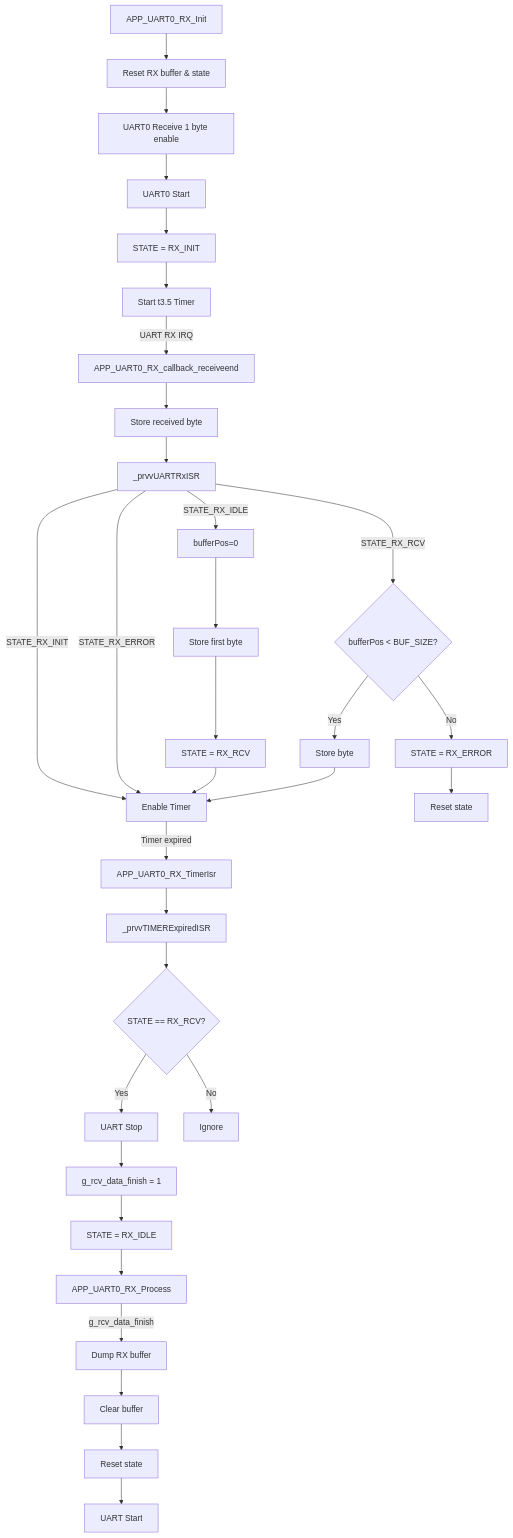
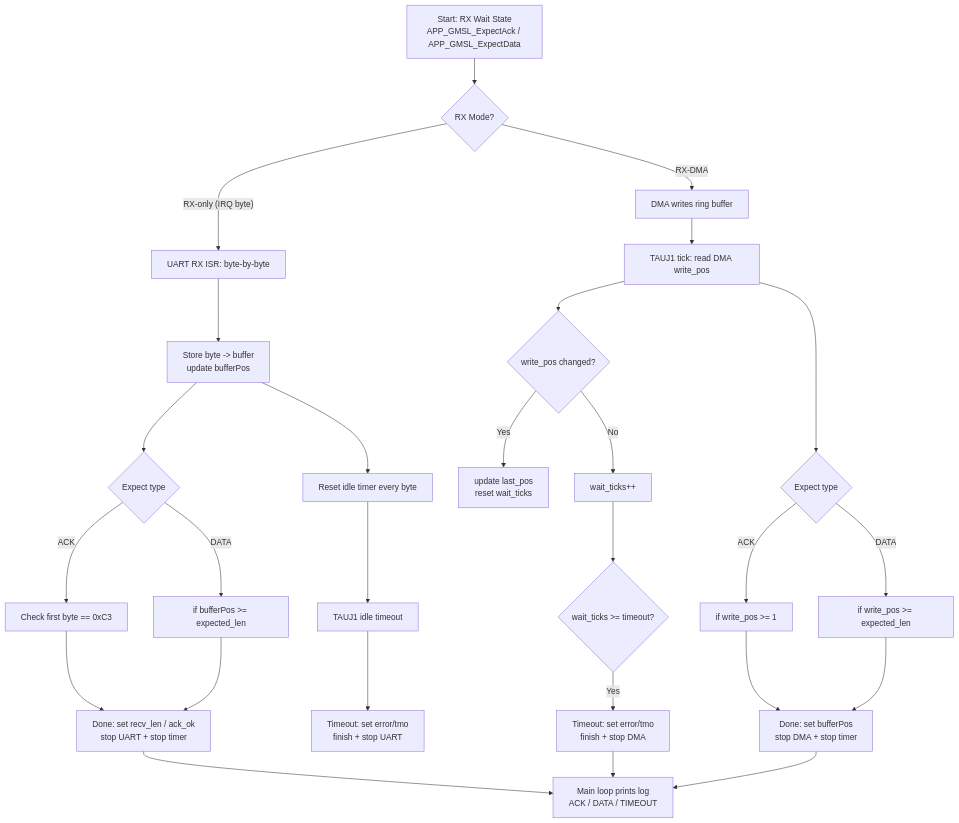
The second of 2 diagrams in README.md (released/Sample_Project_RH850_S1_UART_TX_DMA_RX_interrupt), drawn with Mermaid before and after one commit. The commit also changed other lines of this file and 50 other files, not shown here.

````diff
--- a/README.md
+++ b/README.md
@@ -213,43 +283,33 @@
 ```mermaid
 flowchart TD
-    A[APP_UART0_RX_Init] --> B[Reset RX buffer & state]
-    B --> C[UART0 Receive 1 byte enable]
-    C --> D[UART0 Start]
-    D --> E[STATE = RX_INIT]
-    E --> F[Start t3.5 Timer]
+    A["Start: RX Wait State<br/>APP_GMSL_ExpectAck / APP_GMSL_ExpectData"] --> B{"RX Mode?"}
 
-    %% UART RX interrupt
-    F -->|UART RX IRQ| G[APP_UART0_RX_callback_receiveend]
-    G --> H[Store received byte]
-    H --> I[_prvvUARTRxISR]
+    B -->|"RX-only (IRQ byte)"| C["UART RX ISR: byte-by-byte"]
+    C --> D["Store byte -> buffer<br/>update bufferPos"]
+    D --> E{"Expect type"}
+    E -->|"ACK"| F["Check first byte == 0xC3"]
+    E -->|"DATA"| G["if bufferPos >= expected_len"]
+    F --> H["Done: set recv_len / ack_ok<br/>stop UART + stop timer"]
+    G --> H
+    D --> I["Reset idle timer every byte"]
+    I --> J["TAUJ1 idle timeout"]
+    J --> K["Timeout: set error/tmo<br/>finish + stop UART"]
 
-    %% State machine
-    I -->|STATE_RX_INIT| J[Enable Timer]
-    I -->|STATE_RX_ERROR| J
-    I -->|STATE_RX_IDLE| K[bufferPos=0]
-    K --> L[Store first byte]
-    L --> M[STATE = RX_RCV]
-    M --> J
+    B -->|"RX-DMA"| L["DMA writes ring buffer"]
+    L --> M["TAUJ1 tick: read DMA write_pos"]
+    M --> N{"write_pos changed?"}
+    N -->|"Yes"| O["update last_pos<br/>reset wait_ticks"]
+    N -->|"No"| P["wait_ticks++"]
+    M --> Q{"Expect type"}
+    Q -->|"ACK"| R["if write_pos >= 1"]
+    Q -->|"DATA"| S["if write_pos >= expected_len"]
+    R --> T["Done: set bufferPos<br/>stop DMA + stop timer"]
+    S --> T
+    P --> U{"wait_ticks >= timeout?"}
+    U -->|"Yes"| V["Timeout: set error/tmo<br/>finish + stop DMA"]
 
-    I -->|STATE_RX_RCV| N{bufferPos < BUF_SIZE?}
-    N -->|Yes| O[Store byte]
-    O --> J
-    N -->|No| P[STATE = RX_ERROR]
-    P --> Q[Reset state]
+    H --> W["Main loop prints log<br/>ACK / DATA / TIMEOUT"]
+    T --> W
+    V --> W
 
-    %% Timer expiry (IDLE detected)
-    J -->|Timer expired| R[APP_UART0_RX_TimerIsr]
-    R --> S[_prvvTIMERExpiredISR]
-    S --> T{STATE == RX_RCV?}
-    T -->|Yes| U[UART Stop]
-    U --> V[g_rcv_data_finish = 1]
-    T -->|No| W[Ignore]
-    V --> X[STATE = RX_IDLE]
-
-    %% Main loop process
-    X --> Y[APP_UART0_RX_Process]
-    Y -->|g_rcv_data_finish| Z[Dump RX buffer]
-    Z --> AA[Clear buffer]
-    AA --> AB[Reset state]
-    AB --> AC[UART Start]
 ```
````
